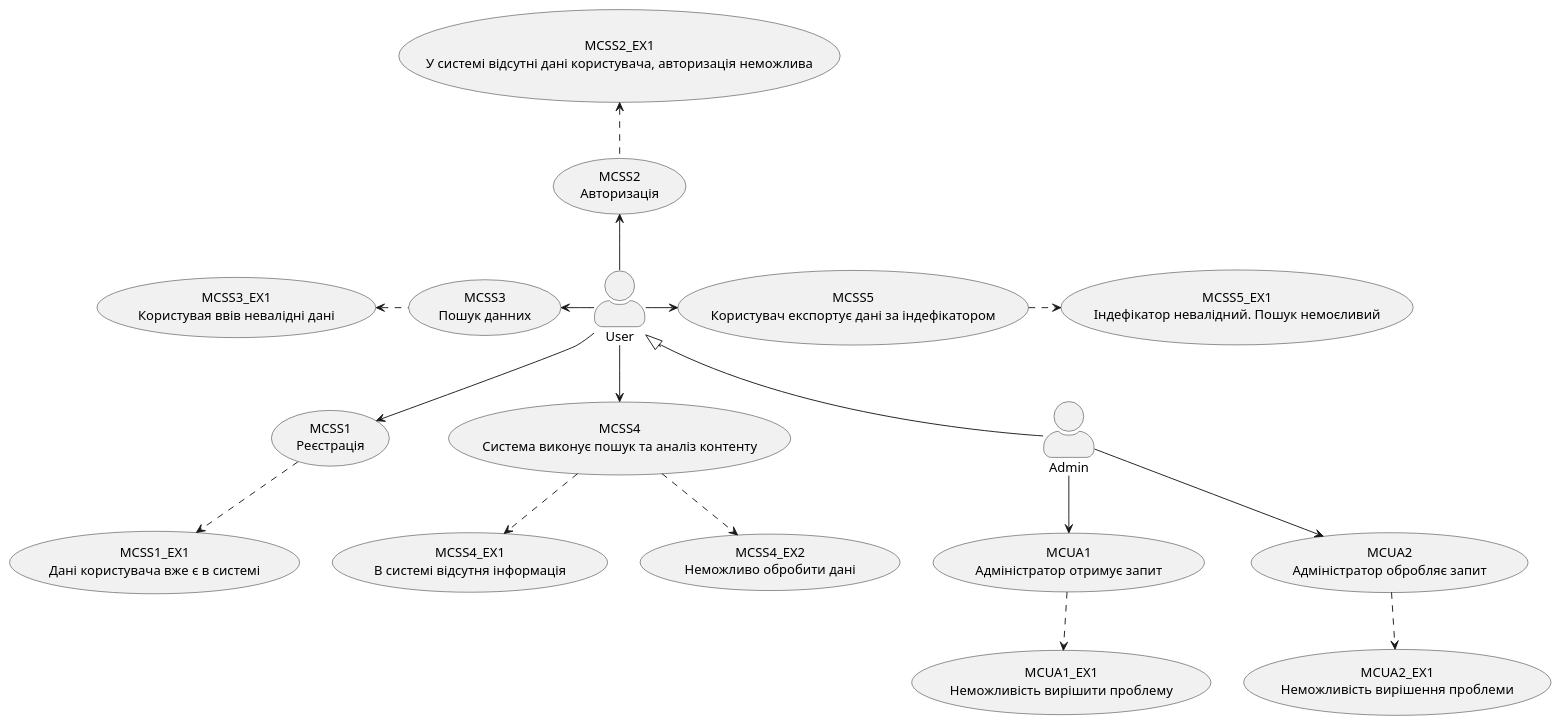
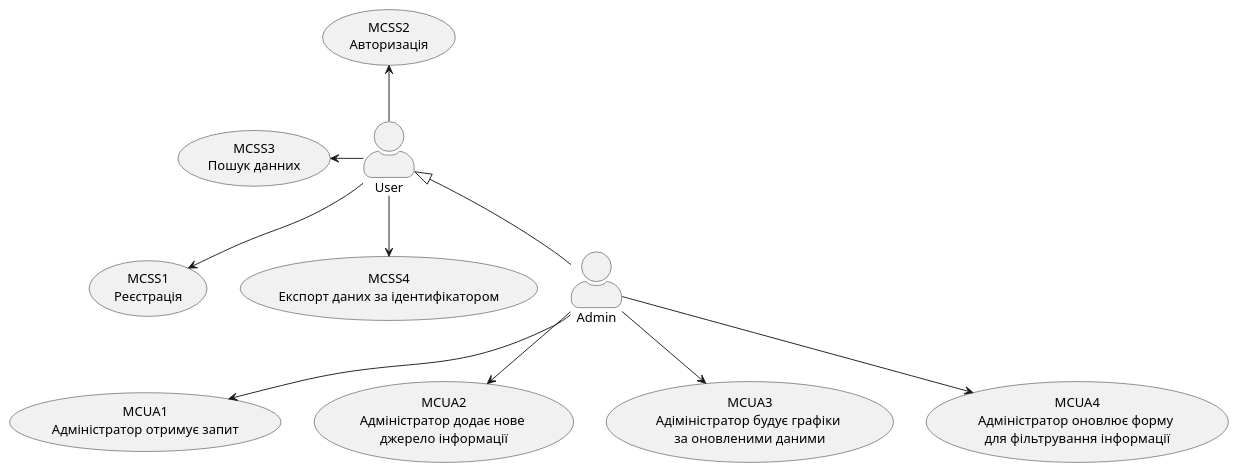
The first of 9 diagrams in docs/use cases/README.md (ukioxz/media-content-analyzing-system), drawn with PlantUML before and after one commit. The commit also changed other lines of this file and 2 other files, not shown here.

```diff
--- a/docs/use cases/README.md
+++ b/docs/use cases/README.md
@@ -3,73 +3,45 @@
 @startuml
 
 skinparam actorStyle awesome
 
 'User
 
 (MCSS1\nРеєстрація) as (MCSS1)
 
-(MCSS1_EX1\nДані користувача вже є в системі) as (MCSS1_EX1)
 
 (MCSS2\nАвторизація) as (MCSS2)
 
-(MCSS2_EX1\nУ системі відсутні дані користувача, авторизація неможлива) as (MCSS2_EX1)
-
 (MCSS3\nПошук данних) as (MCSS3)
 
-(MCSS3_EX1\nКористувая ввів невалідні дані) as (MCSS3_EX1)
-
-(MCSS4\nСистема виконує пошук та аналіз контенту) as (MCSS4)
-
-(MCSS4_EX1\nВ системі відсутня інформація) as (MCSS4_EX1)
-
-(MCSS4_EX2\nНеможливо обробити дані) as (MCSS4_EX2) 
-
-(MCSS5\nКористувач експортує дані за індефікатором) as (MCSS5)
-
-(MCSS5_EX1\nІндефікатор невалідний. Пошук немоєливий) as (MCSS5_EX1)
+(MCSS4\nЕкспорт даних за ідентифікатором) as (MCSS4)
 
 
 User --> (MCSS1)
 
-(MCSS1) ..> (MCSS1_EX1)
-
 User -up-> (MCSS2)
-
-(MCSS2) .up.> (MCSS2_EX1)
 
 User -left-> (MCSS3)
 
-(MCSS3) .left.> (MCSS3_EX1)
-
 User --> (MCSS4)
-
-(MCSS4) ..> (MCSS4_EX1)
-
-(MCSS4) ..> (MCSS4_EX2)
-
-User -right-> (MCSS5)
-
-(MCSS5) .right.> (MCSS5_EX1)
-
 
 Admin -up-|> User
 
 Admin --> (MCUA1)
 
-(MCUA1) ..> (MCUA1_EX1)
+Admin --> (MCAS1)
 
-Admin --> (MCUA2)
+Admin --> (MCAS2)
 
-(MCUA2) ..> (MCUA2_EX1)
+Admin --> (MCAS3)
 
 'Admin
 
 (MCUA1\nАдміністратор отримує запит) as (MCUA1)
 
-(MCUA1_EX1\nНеможливість вирішити проблему) as (MCUA1_EX1)
+(MCUA2\nАдміністратор додає нове \nджерело інформації) as (MCAS1)
 
-(MCUA2\nАдміністратор обробляє запит) as (MCUA2)
+(MCUA3\nАдіміністратор будує графіки \nза оновленими даними) as (MCAS2)
 
-(MCUA2_EX1\nНеможливість вирішення проблеми) as (MCUA2_EX1)
+(MCUA4\nАдміністратор оновлює форму \nдля фільтрування інформації)  as (MCAS3)
 
 @enduml
```
